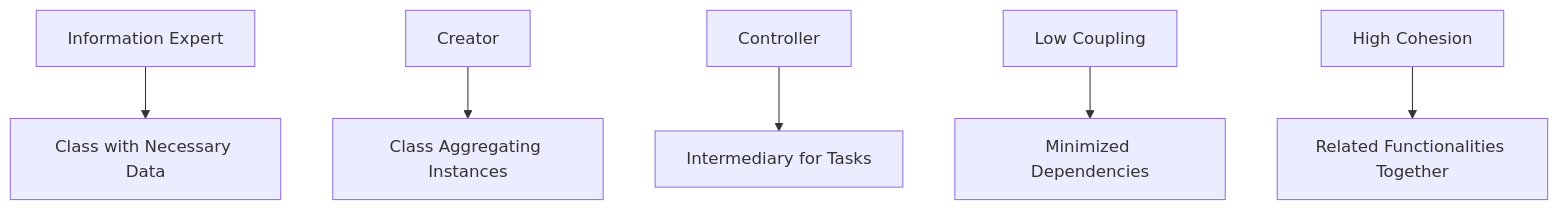
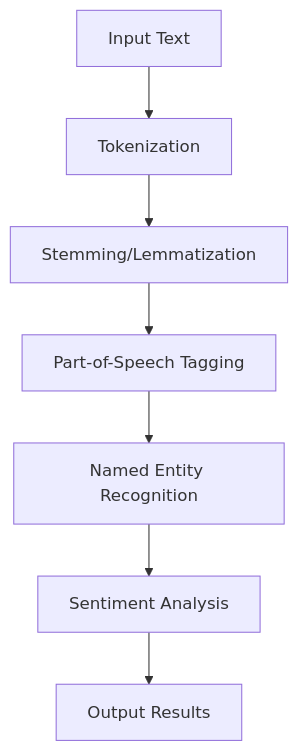
Before and after one commit to MasteryEducation/SoftwarePatternsLexicon.com: the diagram in content/patterns-clojure/17/6/index.md, drawn with Mermaid. The commit also changed other lines of this file and 462 other files, not shown here.

````diff
--- a/content/patterns-clojure/17/6/index.md
+++ b/content/patterns-clojure/17/6/index.md
@@ -159,8 +142,9 @@
 ```mermaid
 graph TD;
-    A[Information Expert] --> B[Class with Necessary Data]
-    C[Creator] --> D[Class Aggregating Instances]
-    E[Controller] --> F[Intermediary for Tasks]
-    G[Low Coupling] --> H[Minimized Dependencies]
-    I[High Cohesion] --> J[Related Functionalities Together]
+    A[Input Text] --> B[Tokenization];
+    B --> C[Stemming/Lemmatization];
+    C --> D[Part-of-Speech Tagging];
+    D --> E[Named Entity Recognition];
+    E --> F[Sentiment Analysis];
+    F --> G[Output Results];
 ```
````
